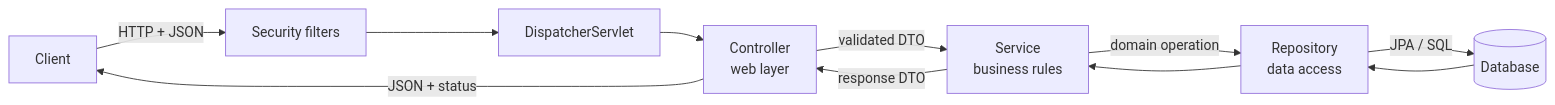
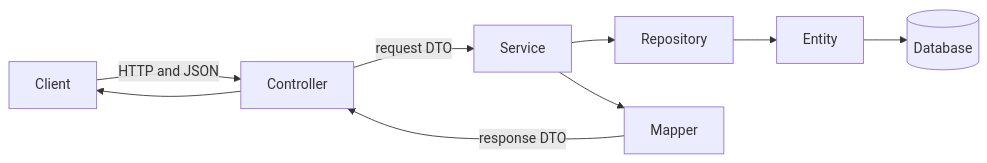
One commit to SidheshwarSarangal/spring-boot-project-blueprint changed the second of 2 diagrams in README.md. Above: the diagram before and after it, drawn with Mermaid. The commit also changed other lines of this file and 16 other files, not shown here.

````diff
--- a/README.md
+++ b/README.md
@@ -66,12 +63,11 @@
 ```mermaid
 flowchart LR
-    Client["Client"] -->|"HTTP + JSON"| Security["Security filters"]
-    Security --> Dispatcher["DispatcherServlet"]
-    Dispatcher --> Controller["Controller<br/>web layer"]
-    Controller -->|"validated DTO"| Service["Service<br/>business rules"]
-    Service -->|"domain operation"| Repository["Repository<br/>data access"]
-    Repository -->|"JPA / SQL"| Database[("Database")]
-    Database --> Repository --> Service
-    Service -->|"response DTO"| Controller
-    Controller -->|"JSON + status"| Client
+    Client["Client"] -->|"HTTP and JSON"| Controller["Controller"]
+    Controller -->|"request DTO"| Service["Service"]
+    Service --> Repository["Repository"]
+    Repository --> Entity["Entity"]
+    Entity --> DB[("Database")]
+    Service --> Mapper["Mapper"]
+    Mapper -->|"response DTO"| Controller
+    Controller --> Client
 ```
````
